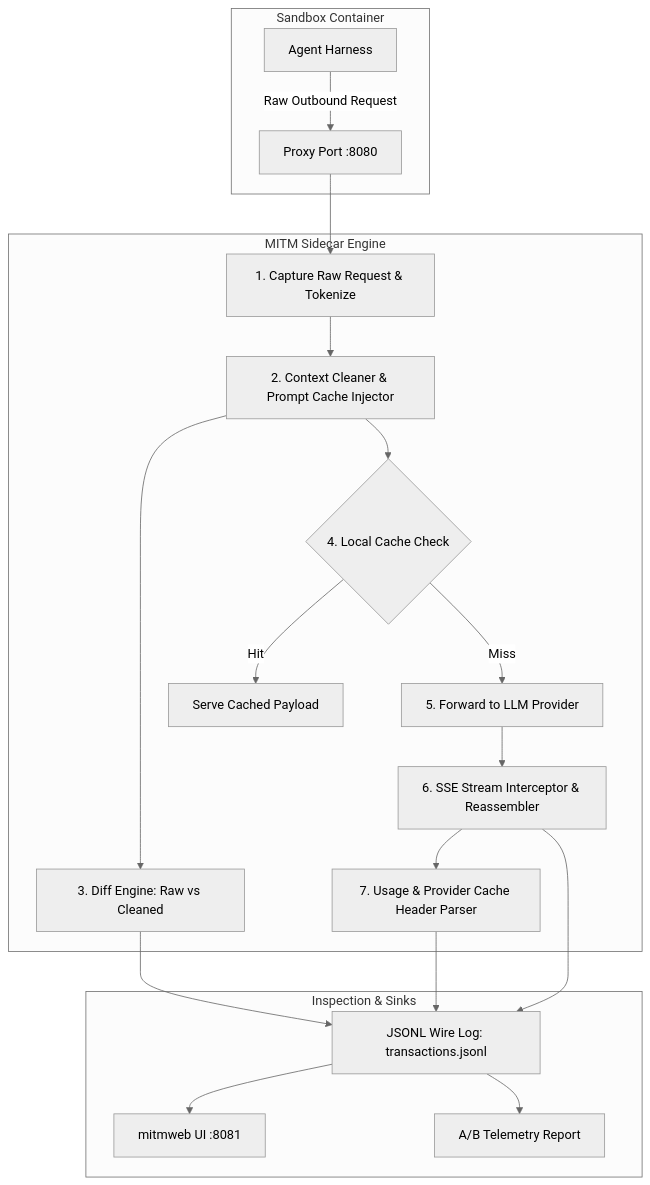
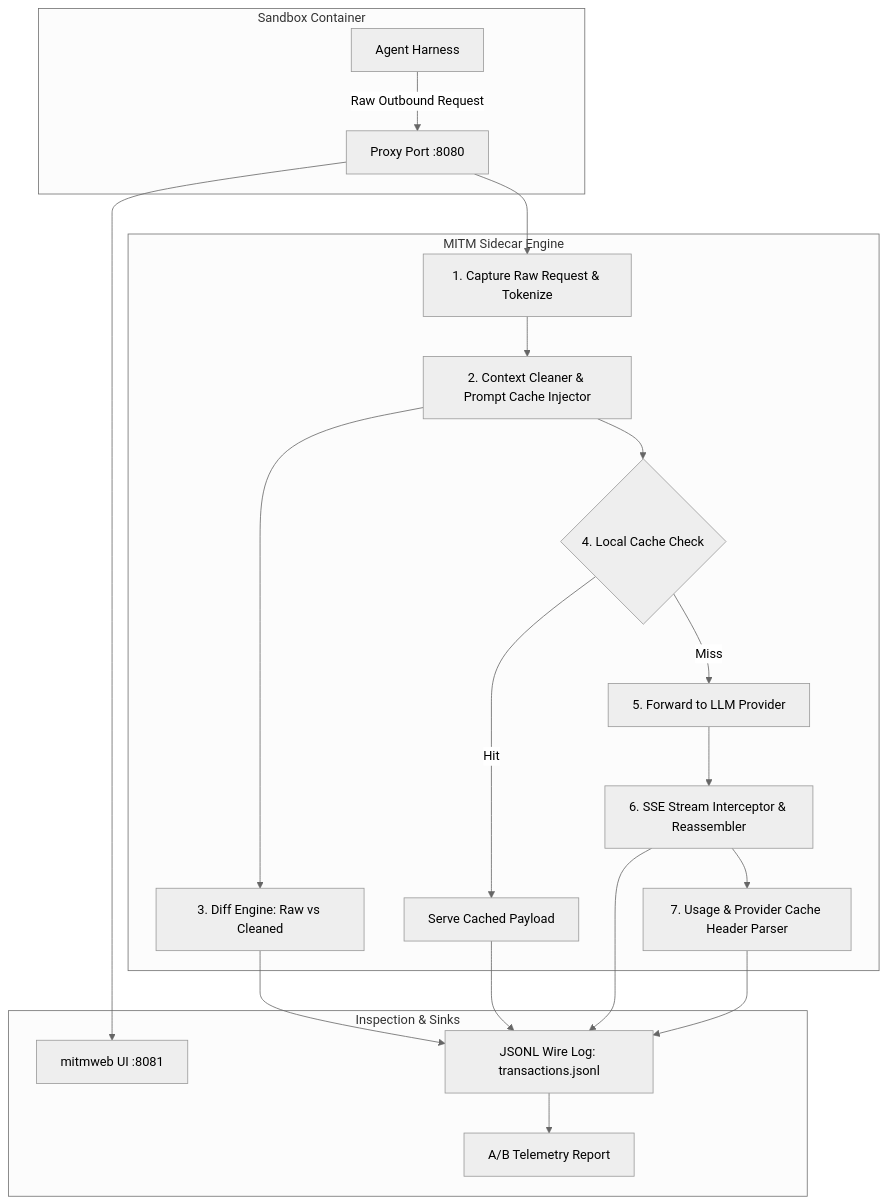
Before and after one commit to Holon-Agentic-Coder/holon-agentic-coder-ref-metadata: the first of 2 diagrams in docs/optimisation/token_reduction_measurement_plan.md, drawn with Mermaid (neutral theme). The commit also changed other lines of this file, not shown here.

````diff
--- a/docs/optimisation/token_reduction_measurement_plan.md
+++ b/docs/optimisation/token_reduction_measurement_plan.md
@@ -43,27 +43,28 @@
 ```mermaid
 graph TD
     subgraph Sandbox Container
         Agent[Agent Harness] -->|Raw Outbound Request| ProxyPort["Proxy Port :8080"]
     end
 
     subgraph MITM Sidecar Engine
         ProxyPort --> RawCapture[1. Capture Raw Request & Tokenize]
         RawCapture --> Cleaner[2. Context Cleaner & Prompt Cache Injector]
         Cleaner --> DiffEngine[3. Diff Engine: Raw vs Cleaned]
         Cleaner --> CacheCheck{4. Local Cache Check}
 
         CacheCheck -->|Hit| LocalResp[Serve Cached Payload]
         CacheCheck -->|Miss| Upstream[5. Forward to LLM Provider]
 
         Upstream --> StreamInterceptor[6. SSE Stream Interceptor & Reassembler]
         StreamInterceptor --> UsageParser[7. Usage & Provider Cache Header Parser]
     end
 
     subgraph Inspection & Sinks
+        ProxyPort --> WebUI["mitmweb UI :8081"]
         DiffEngine --> WireLogger["JSONL Wire Log: transactions.jsonl"]
+        LocalResp --> WireLogger
         StreamInterceptor --> WireLogger
         UsageParser --> WireLogger
-        WireLogger --> WebUI["mitmweb UI :8081"]
         WireLogger --> ABMetrics[A/B Telemetry Report]
     end
 ```
````
